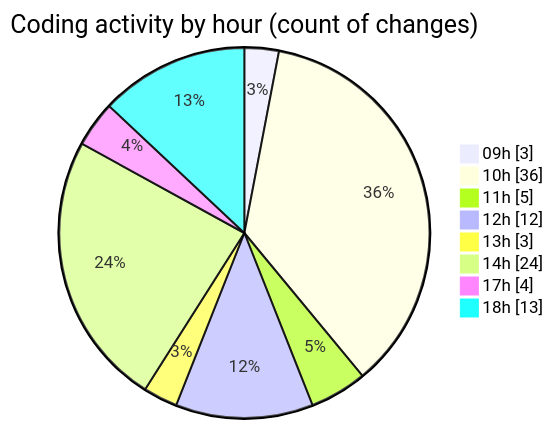
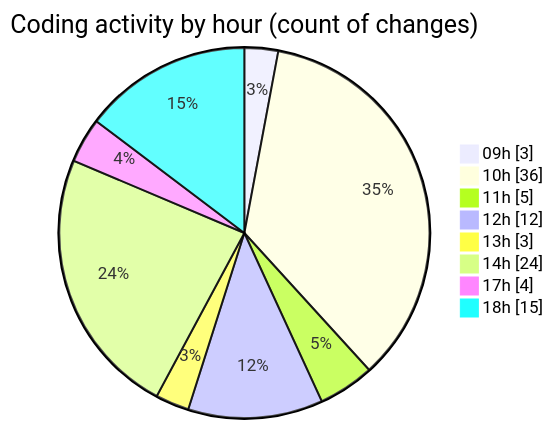
Before and after one commit to momahboobian/code-tracking: the second of 2 diagrams in 2026-02-17/cda/README.md, drawn with Mermaid. The commit also changed other lines of this file and 1 other file, not shown here.

````diff
--- a/2026-02-17/cda/README.md
+++ b/2026-02-17/cda/README.md
@@ -59,12 +60,12 @@
 ```mermaid
 pie showData
 title Coding activity by hour (count of changes)
 "09h" : 3
 "10h" : 36
 "11h" : 5
 "12h" : 12
 "13h" : 3
 "14h" : 24
 "17h" : 4
-"18h" : 13
+"18h" : 15
 ```
````
